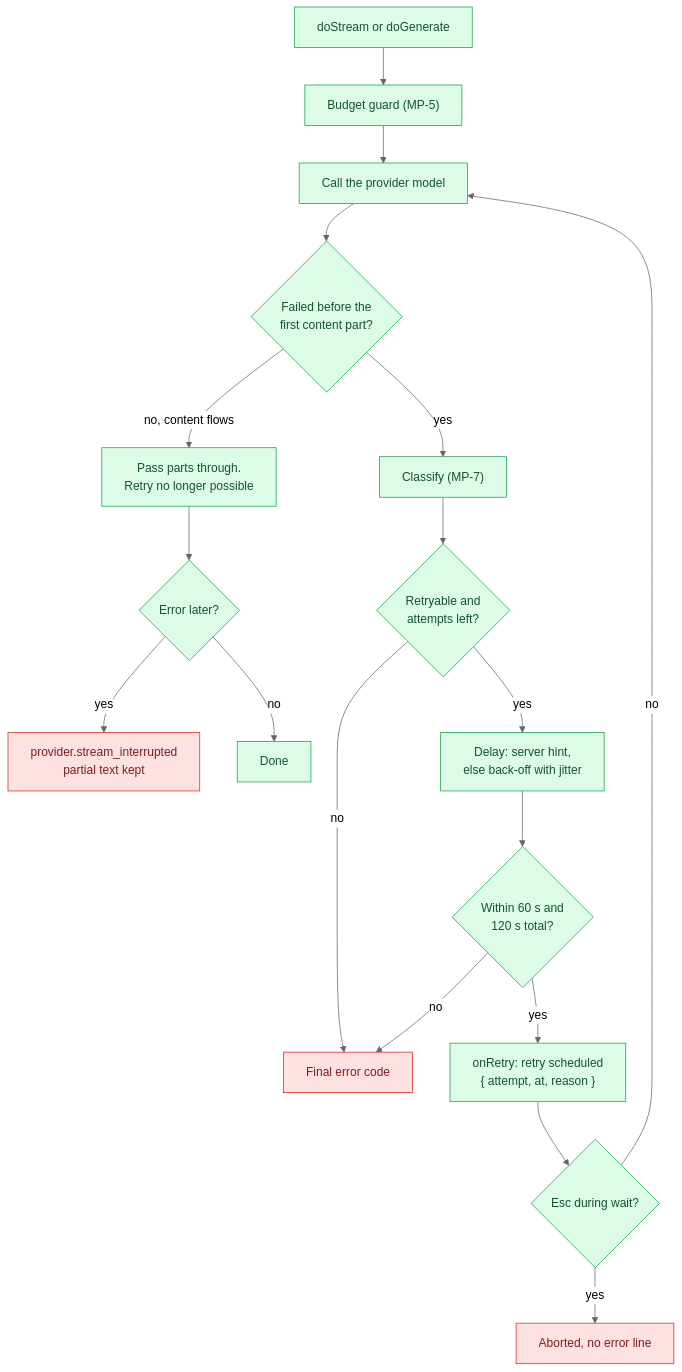
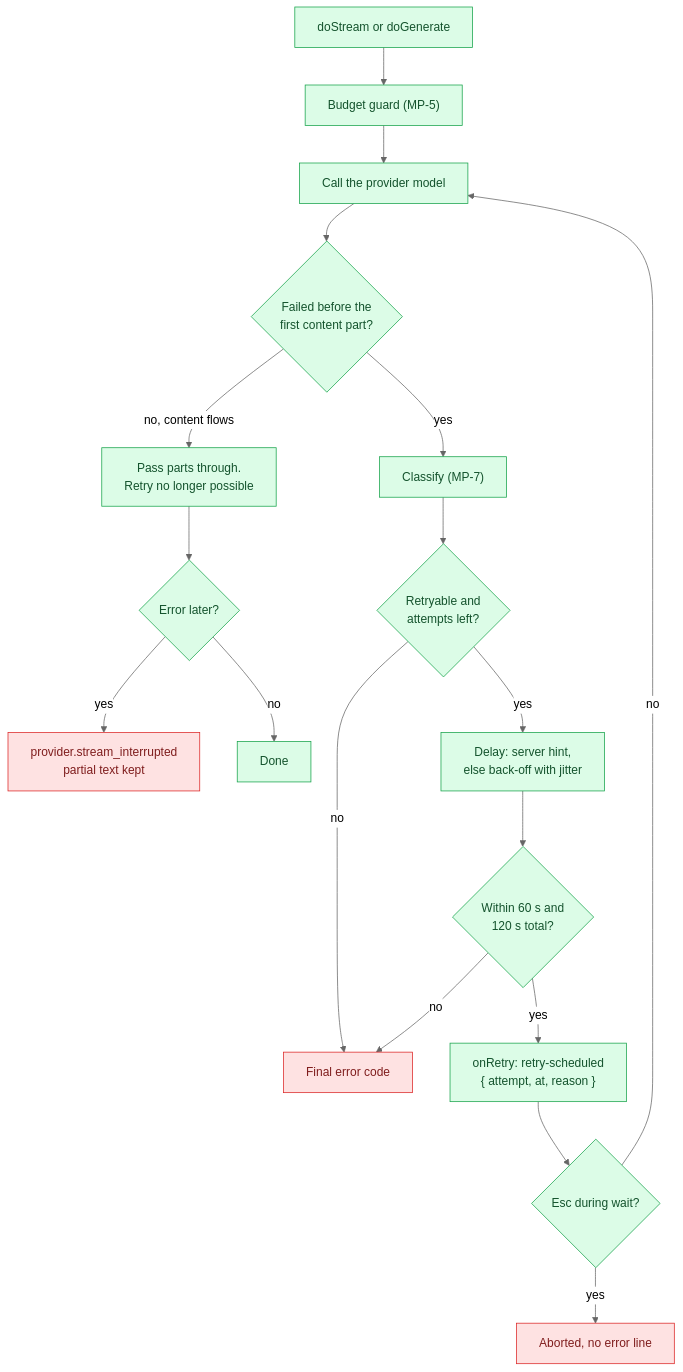
Before and after one commit to Dakshnagpal/antai-agent: the sixth of 8 diagrams in docs/Deliverables/09_model_provider_integration.md, drawn with Mermaid (neutral theme). The commit also changed other lines of this file and 18 other files, not shown here.

````diff
--- a/docs/Deliverables/09_model_provider_integration.md
+++ b/docs/Deliverables/09_model_provider_integration.md
@@ -672,24 +677,24 @@
 ```mermaid
 flowchart TB
     A["doStream or doGenerate"] --> B["Budget guard (MP-5)"]
     B --> C["Call the provider model"]
     C --> D{"Failed before the<br/>first content part?"}
     D -- "no, content flows" --> E["Pass parts through.<br/>Retry no longer possible"]
     E --> F{"Error later?"}
     F -- "yes" --> X1["provider.stream_interrupted<br/>partial text kept"]
     F -- "no" --> OK["Done"]
     D -- "yes" --> G["Classify (MP-7)"]
     G --> H{"Retryable and<br/>attempts left?"}
     H -- "no" --> X2["Final error code"]
     H -- "yes" --> I["Delay: server hint,<br/>else back-off with jitter"]
     I --> J{"Within 60 s and<br/>120 s total?"}
     J -- "no" --> X2
-    J -- "yes" --> K["onRetry: retry scheduled<br/>{ attempt, at, reason }"]
+    J -- "yes" --> K["onRetry: retry-scheduled<br/>{ attempt, at, reason }"]
     K --> L{"Esc during wait?"}
     L -- "yes" --> X3["Aborted, no error line"]
     L -- "no" --> C
     classDef core fill:#dcfce7,stroke:#16a34a,color:#14532d
     classDef safety fill:#fee2e2,stroke:#dc2626,color:#7f1d1d
     class A,B,C,D,E,F,G,H,I,J,K,L,OK core
     class X1,X2,X3 safety
 ```
````
